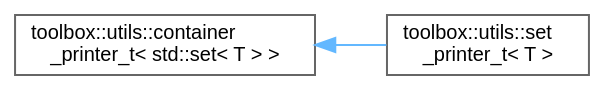
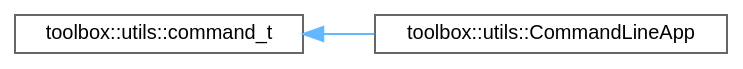
Before and after one commit to nerdneilsfield/cpp-toolbox: the diagram in inherit_graph_168.dot, drawn with Graphviz. The commit also changed 405 other files, not shown here.

```diff
--- a/inherit_graph_168.dot
+++ b/inherit_graph_168.dot
@@ -1,11 +1,11 @@
 digraph "Graphical Class Hierarchy"
 {
  // LATEX_PDF_SIZE
   bgcolor="transparent";
   edge [fontname=Helvetica,fontsize=10,labelfontname=Helvetica,labelfontsize=10];
   node [fontname=Helvetica,fontsize=10,shape=box,height=0.2,width=0.4];
   rankdir="LR";
-  Node0 [id="Node000000",label="toolbox::utils::container\l_printer_t\< std::set\< T \> \>",height=0.2,width=0.4,color="grey40", fillcolor="white", style="filled",URL="$classtoolbox_1_1utils_1_1container__printer__t.html",tooltip=" "];
+  Node0 [id="Node000000",label="toolbox::utils::command_t",height=0.2,width=0.4,color="grey40", fillcolor="white", style="filled",URL="$classtoolbox_1_1utils_1_1command__t.html",tooltip=" "];
   Node0 -> Node1 [id="edge115_Node000000_Node000001",dir="back",color="steelblue1",style="solid",tooltip=" "];
-  Node1 [id="Node000001",label="toolbox::utils::set\l_printer_t\< T \>",height=0.2,width=0.4,color="grey40", fillcolor="white", style="filled",URL="$classtoolbox_1_1utils_1_1set__printer__t.html",tooltip="Set 打印器/Set printer."];
+  Node1 [id="Node000001",label="toolbox::utils::CommandLineApp",height=0.2,width=0.4,color="grey40", fillcolor="white", style="filled",URL="$classtoolbox_1_1utils_1_1_command_line_app.html",tooltip=" "];
 }
```
